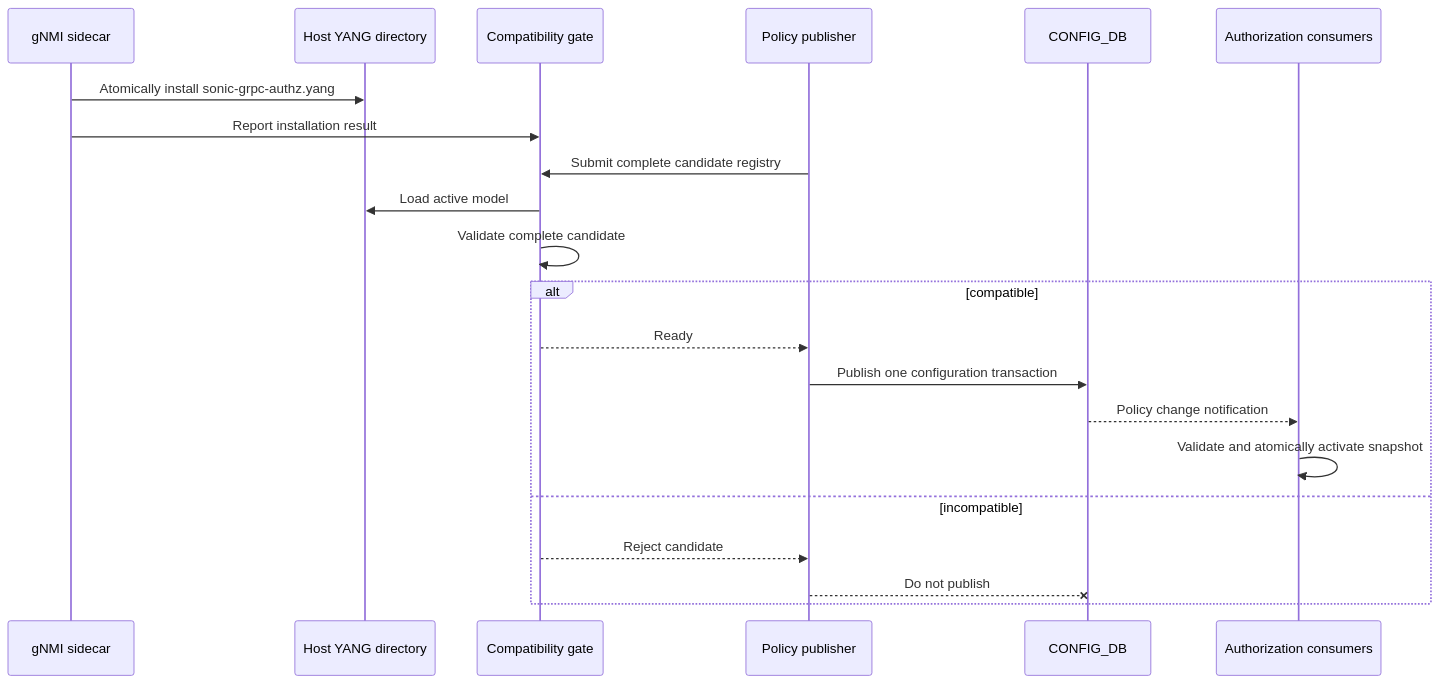
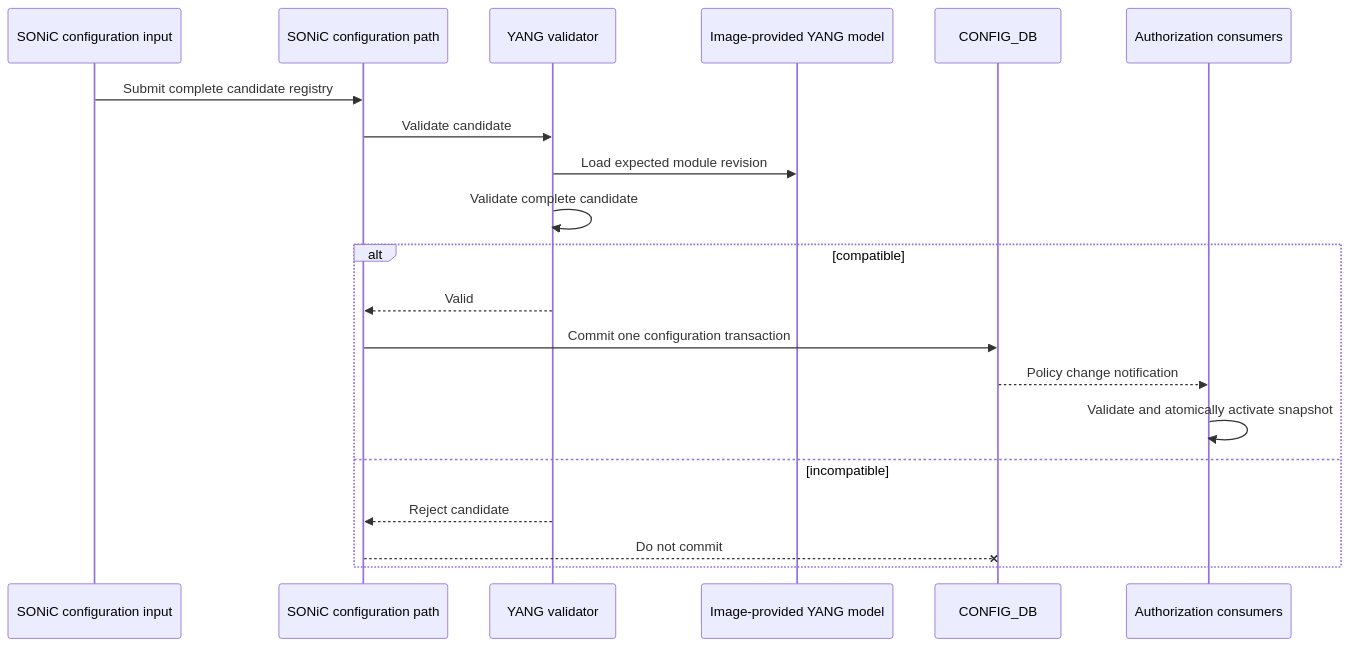
Before and after one commit to sonic-net/SONiC: the second of 2 diagrams in doc/mgmt/gnmi/grpc_authentication_authorization_policy_hld.md, drawn with Mermaid. The commit also changed other lines of this file, not shown here.

Commit message:
[doc] Define in-image authorization architecture

````diff
--- a/doc/mgmt/gnmi/grpc_authentication_authorization_policy_hld.md
+++ b/doc/mgmt/gnmi/grpc_authentication_authorization_policy_hld.md
@@ -211,24 +210,23 @@
 ```mermaid
 sequenceDiagram
-    participant Sidecar as gNMI sidecar
-    participant Host as Host YANG directory
-    participant Gate as Compatibility gate
-    participant Publisher as Policy publisher
+    participant Input as SONiC configuration input
+    participant Config as SONiC configuration path
+    participant Validator as YANG validator
+    participant Model as Image-provided YANG model
     participant DB as CONFIG_DB
     participant Runtime as Authorization consumers
 
-    Sidecar->>Host: Atomically install sonic-grpc-authz.yang
-    Sidecar->>Gate: Report installation result
-    Publisher->>Gate: Submit complete candidate registry
-    Gate->>Host: Load active model
-    Gate->>Gate: Validate complete candidate
+    Input->>Config: Submit complete candidate registry
+    Config->>Validator: Validate candidate
+    Validator->>Model: Load expected module revision
+    Validator->>Validator: Validate complete candidate
     alt compatible
-        Gate-->>Publisher: Ready
-        Publisher->>DB: Publish one configuration transaction
+        Validator-->>Config: Valid
+        Config->>DB: Commit one configuration transaction
         DB-->>Runtime: Policy change notification
         Runtime->>Runtime: Validate and atomically activate snapshot
     else incompatible
-        Gate-->>Publisher: Reject candidate
-        Publisher--xDB: Do not publish
+        Validator-->>Config: Reject candidate
+        Config--xDB: Do not commit
     end
 ```
````
